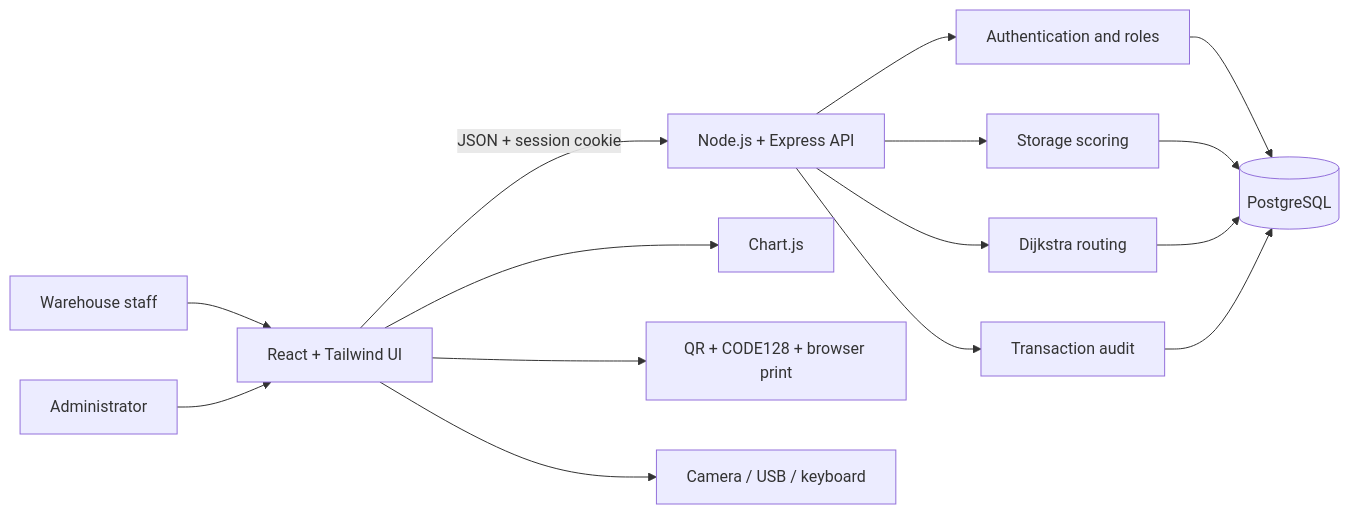
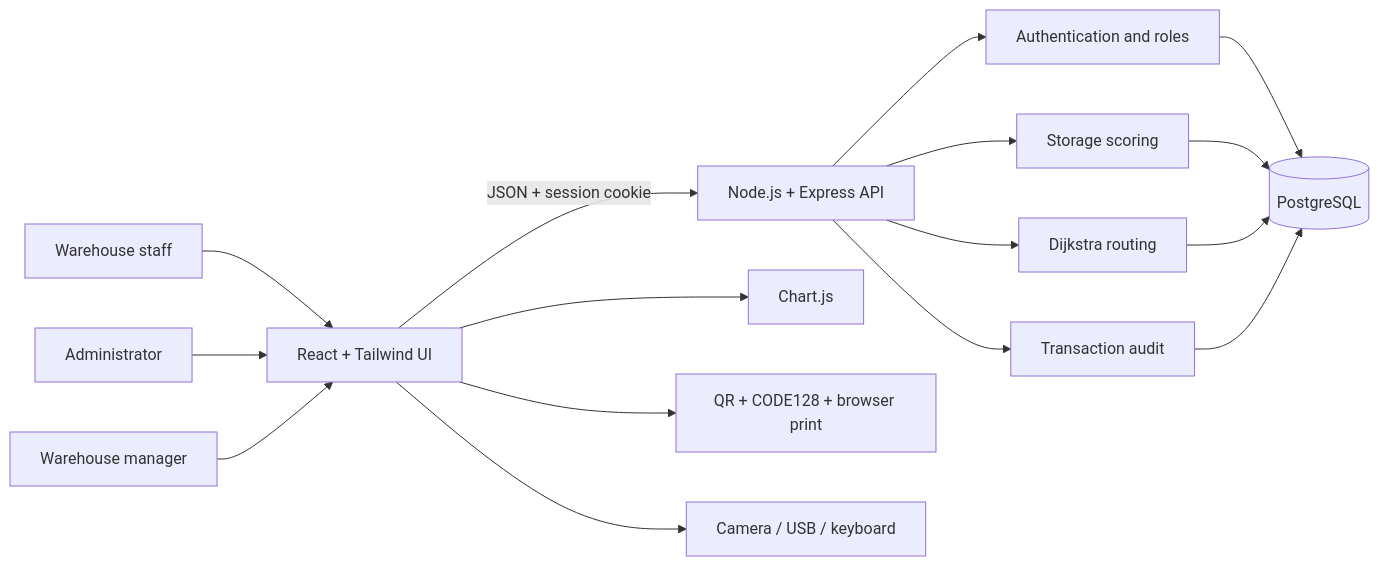
Before and after one commit to Viceeents/wsrms-inventory: the first of 3 diagrams in docs/diagrams/architecture.md, drawn with Mermaid. The commit also changed other lines of this file and 5 other files, not shown here.

Commit message:
Document Storix architecture, APIs, source structure and engineering practices

````diff
--- a/docs/diagrams/architecture.md
+++ b/docs/diagrams/architecture.md
@@ -3,17 +3,18 @@
 ```mermaid
 flowchart LR
   Staff[Warehouse staff] --> React[React + Tailwind UI]
   Admin[Administrator] --> React
+  Manager[Warehouse manager] --> React
   React -->|JSON + session cookie| Express[Node.js + Express API]
   Express --> Auth[Authentication and roles]
   Express --> Storage[Storage scoring]
   Express --> Routing[Dijkstra routing]
   Express --> Audit[Transaction audit]
   Auth --> PG[(PostgreSQL)]
   Storage --> PG
   Routing --> PG
   Audit --> PG
   React --> Charts[Chart.js]
   React --> Labels[QR + CODE128 + browser print]
   React --> Scanner[Camera / USB / keyboard]
 ```
````
